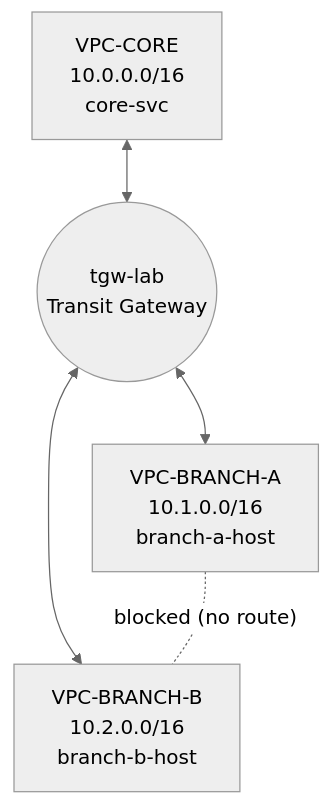
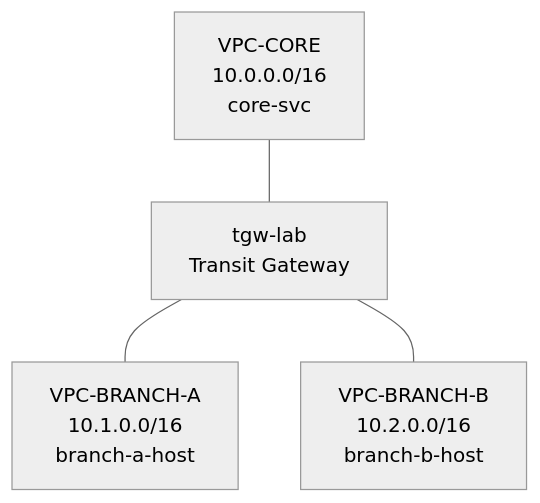
One commit to KaungMyatHein13596/aws-tgw-branch-isolation-lab changed the diagram in README.md. Above: the diagram before and after it, drawn with Mermaid (neutral theme). The commit also changed other lines of this file, not shown here.

````diff
--- a/README.md
+++ b/README.md
@@ -7,12 +9,11 @@
 ```mermaid
 flowchart TB
     CORE["VPC-CORE<br/>10.0.0.0/16<br/>core-svc"]
-    TGW(("tgw-lab<br/>Transit Gateway"))
+    TGW["tgw-lab<br/>Transit Gateway"]
     A["VPC-BRANCH-A<br/>10.1.0.0/16<br/>branch-a-host"]
     B["VPC-BRANCH-B<br/>10.2.0.0/16<br/>branch-b-host"]
 
-    CORE <--> TGW
-    TGW <--> A
-    TGW <--> B
-    A -. "blocked (no route)" .- B
+    CORE --- TGW
+    TGW --- A
+    TGW --- B
 ```
````
